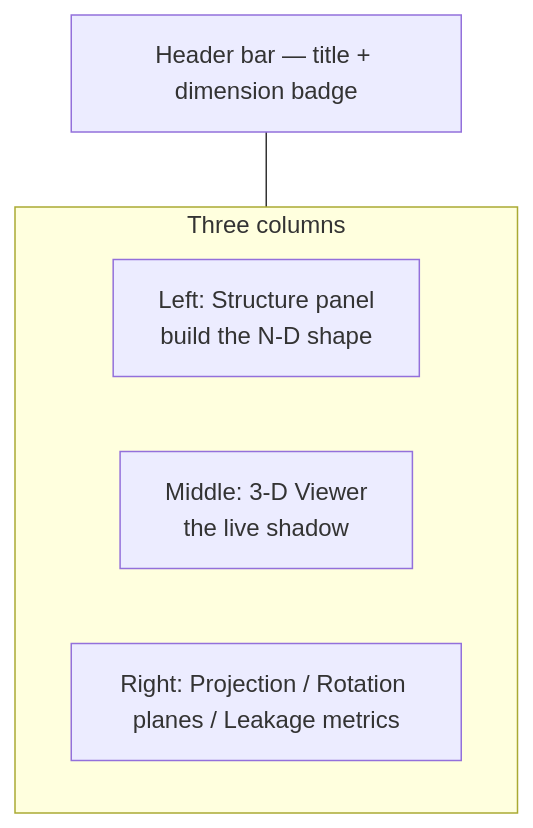
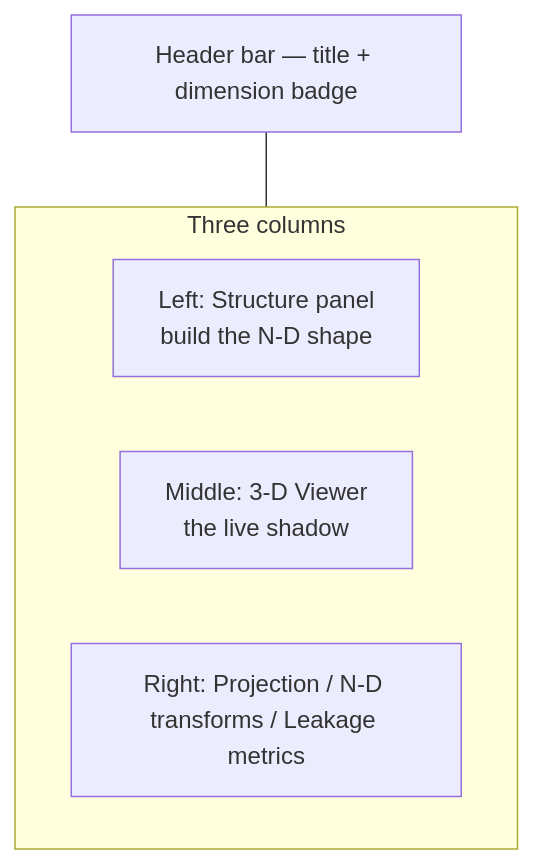
Before and after one commit to xilemma/Visual: the second of 2 diagrams in docs/tutorial.md, drawn with Mermaid. The commit also changed other lines of this file and 13 other files, not shown here.

````diff
--- a/docs/tutorial.md
+++ b/docs/tutorial.md
@@ -287,11 +284,11 @@
 ```mermaid
 flowchart TB
     Header["Header bar — title + dimension badge"]
     subgraph Layout["Three columns"]
         direction LR
         Structure["Left: Structure panel<br/>build the N-D shape"]
         Viewer["Middle: 3-D Viewer<br/>the live shadow"]
-        Projection["Right: Projection / Rotation planes / Leakage metrics"]
+        Projection["Right: Projection / N-D transforms / Leakage metrics"]
     end
     Header --- Layout
 ```
````
